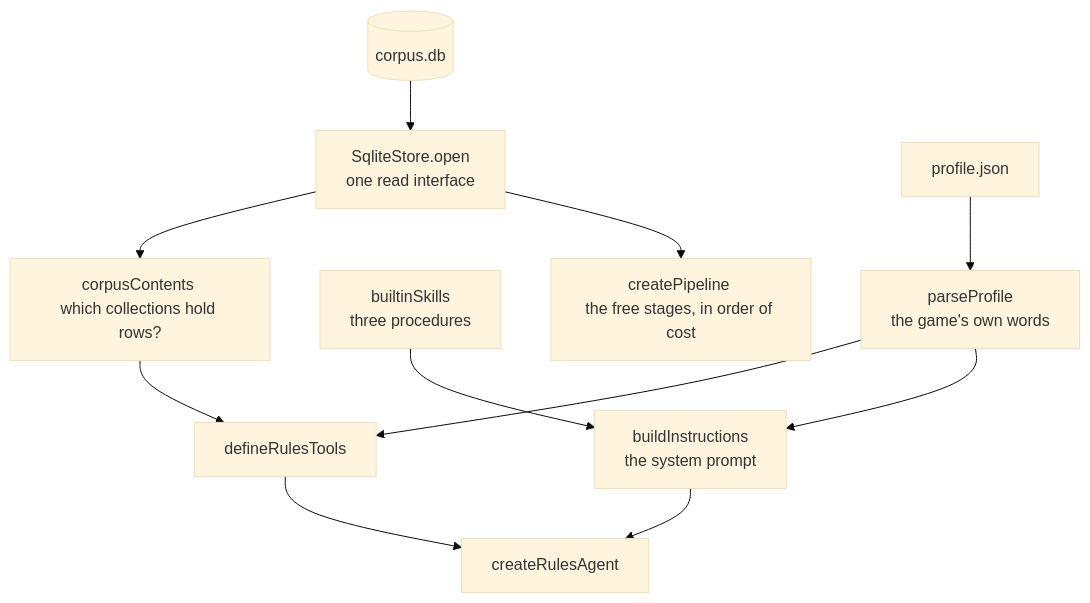
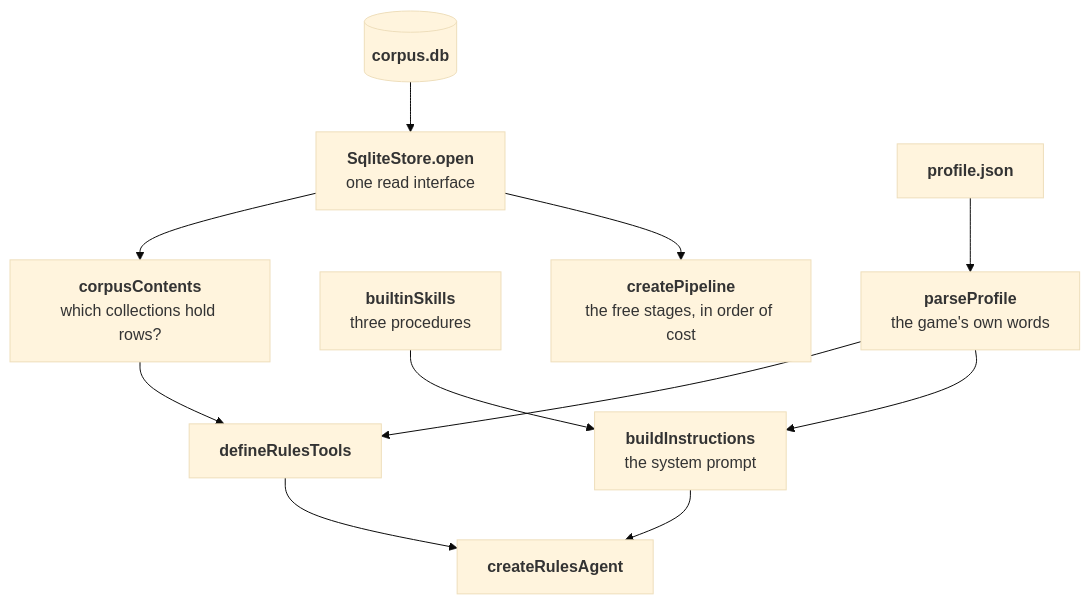
The second of 4 diagrams in docs/architecture.md (rulekitai/rulekit), drawn with Mermaid (base theme) before and after one commit. The commit also changed other lines of this file, not shown here.

Commit message:
docs(architecture): give each node a bold name on its own line
A node label held its name and its description in one run of text, and an
HTML break tag separated them. Some renderers remove that tag. The two parts
then joined into one line, and the reader had to find where the name ended.

Each label is now a mermaid markdown string. The name is bold, and a real
newline in the source separates it from the description. A sanitiser can
remove a tag. It cannot remove a newline.

Every name is now bold, and not only the names that carry a description. A
diagram with bold on some names and not others looks like an accident. A
label that is a whole sentence stays plain, because bold on a sentence reads
as shouting and not as structure.

One label said "The model, holding" in bold, which put the bold across half
of a sentence. The name is now "The model", and "holding the system prompt"
is the description.

Checked all four diagrams on mermaid 10 and mermaid 11, in the dark theme
and the light theme. Every name renders bold on its own line.

````diff
--- a/docs/architecture.md
+++ b/docs/architecture.md
@@ -22,14 +24,20 @@
 ```mermaid
 flowchart TB
-    DB[("corpus.db")] --> STORE["SqliteStore.open <br/>one read interface"]
-    PROFILE["profile.json"] --> PARSED["parseProfile <br/>the game's own words"]
-    SKILLS["builtinSkills <br/>three procedures"] --> PROMPT
+    DB[("`**corpus.db**`")] --> STORE["`**SqliteStore.open**
+        one read interface`"]
+    PROFILE["`**profile.json**`"] --> PARSED["`**parseProfile**
+        the game's own words`"]
+    SKILLS["`**builtinSkills**
+        three procedures`"] --> PROMPT
 
-    STORE --> CONTENTS["corpusContents <br/>which collections hold rows?"]
-    CONTENTS --> TOOLS["defineRulesTools"]
+    STORE --> CONTENTS["`**corpusContents**
+        which collections hold rows?`"]
+    CONTENTS --> TOOLS["`**defineRulesTools**`"]
     PARSED --> TOOLS
-    PARSED --> PROMPT["buildInstructions <br/>the system prompt"]
-    TOOLS --> AGENT["createRulesAgent"]
+    PARSED --> PROMPT["`**buildInstructions**
+        the system prompt`"]
+    TOOLS --> AGENT["`**createRulesAgent**`"]
     PROMPT --> AGENT
-    STORE --> PIPELINE["createPipeline <br/>the free stages, in order of cost"]
+    STORE --> PIPELINE["`**createPipeline**
+        the free stages, in order of cost`"]
 ```
````
